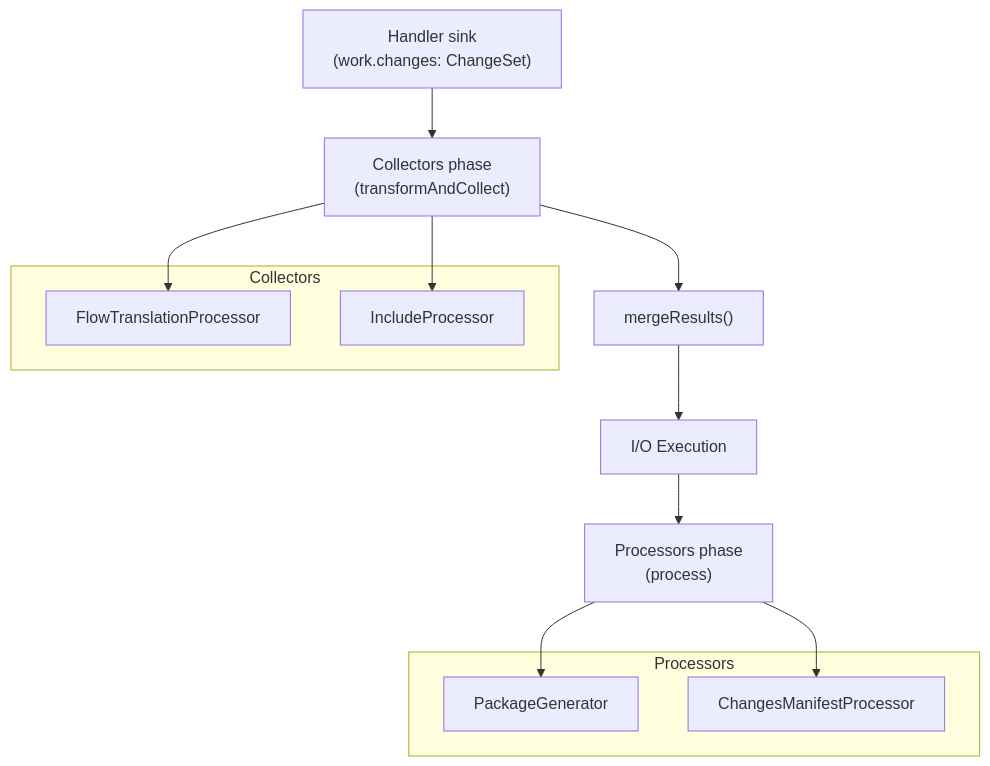
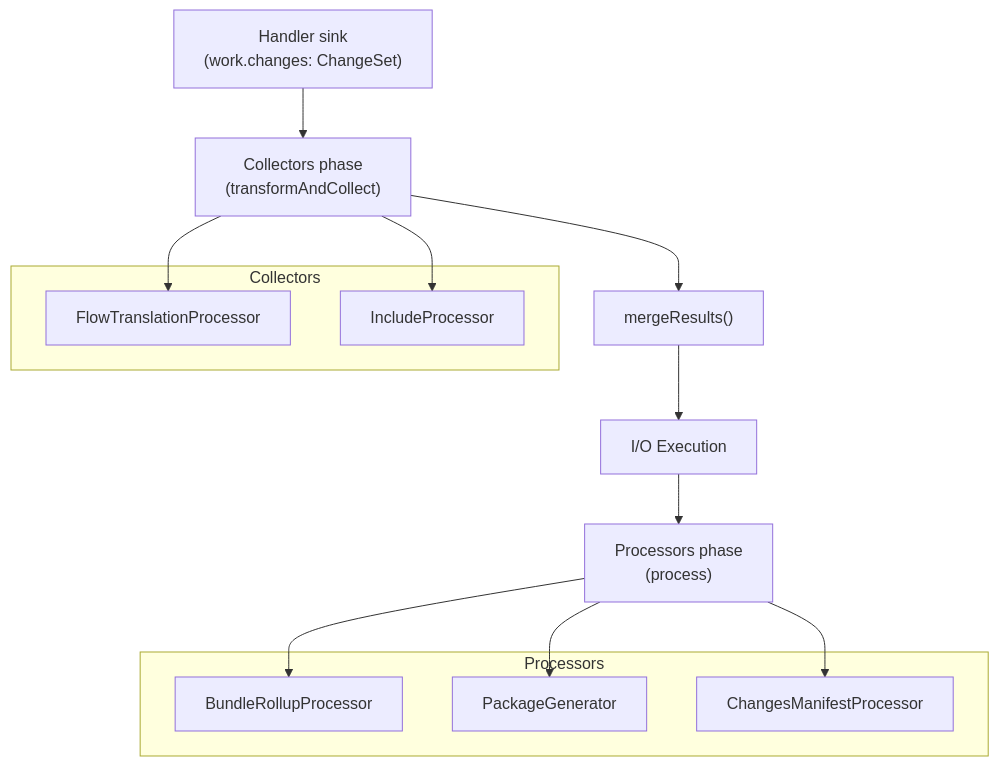
Before and after one commit to scolladon/sfdx-git-delta: the fifth of 5 diagrams in DESIGN.md, drawn with Mermaid. The commit also changed other lines of this file and 13 other files, not shown here.

````diff
--- a/DESIGN.md
+++ b/DESIGN.md
@@ -344,22 +356,24 @@
 ```mermaid
 flowchart TD
     HR["Handler sink<br/>(work.changes: ChangeSet)"] --> C["Collectors phase<br/>(transformAndCollect)"]
     C --> M["mergeResults()"]
     M --> IO["I/O Execution"]
     IO --> P["Processors phase<br/>(process)"]
 
     subgraph Collectors
         FT["FlowTranslationProcessor"]
         IP["IncludeProcessor"]
     end
 
     subgraph Processors
+        DEB["BundleRollupProcessor"]
         PG["PackageGenerator"]
         CM["ChangesManifestProcessor"]
     end
 
     C --> FT
     C --> IP
+    P --> DEB
     P --> PG
     P --> CM
 ```
````
